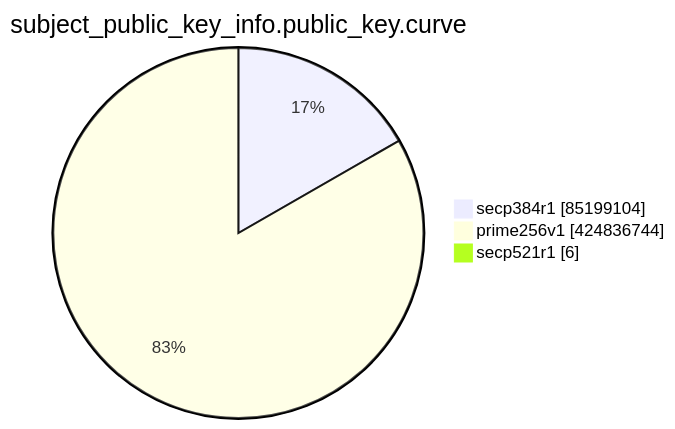
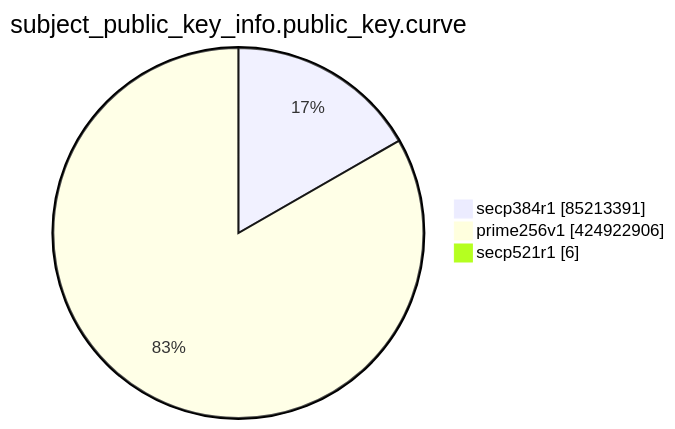
Before and after one commit to christiankrug/ctmonitor_visualization: the eighth of 15 diagrams in TOTAL/README.md, drawn with Mermaid. The commit also changed other lines of this file, not shown here.

````diff
--- a/TOTAL/README.md
+++ b/TOTAL/README.md
@@ -3100,7 +3100,7 @@
 ```mermaid
 pie showData
 title subject_public_key_info.public_key.curve
-"secp384r1" :85199104
-"prime256v1" :424836744
+"secp384r1" :85213391
+"prime256v1" :424922906
 "secp521r1" :6
 ```
````
